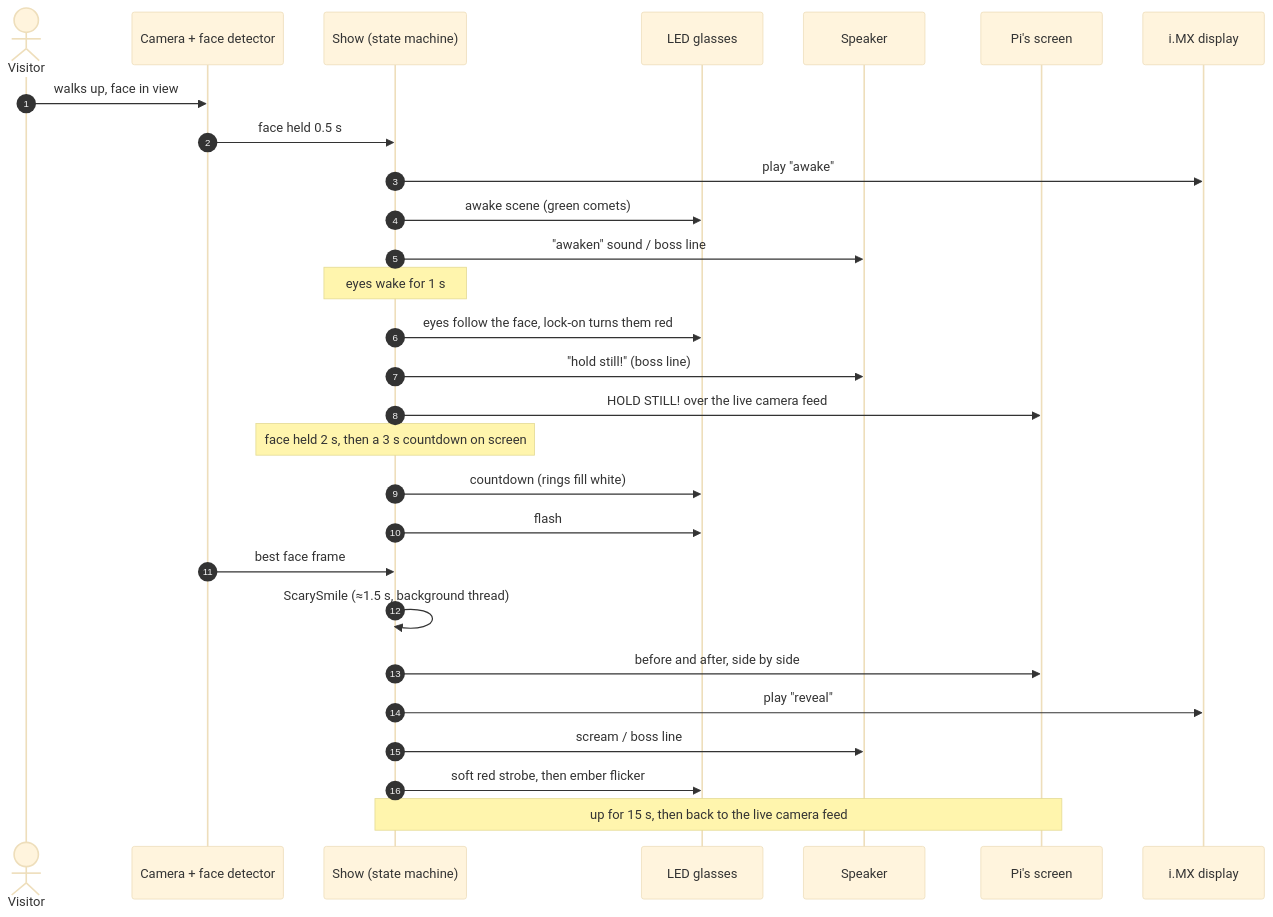
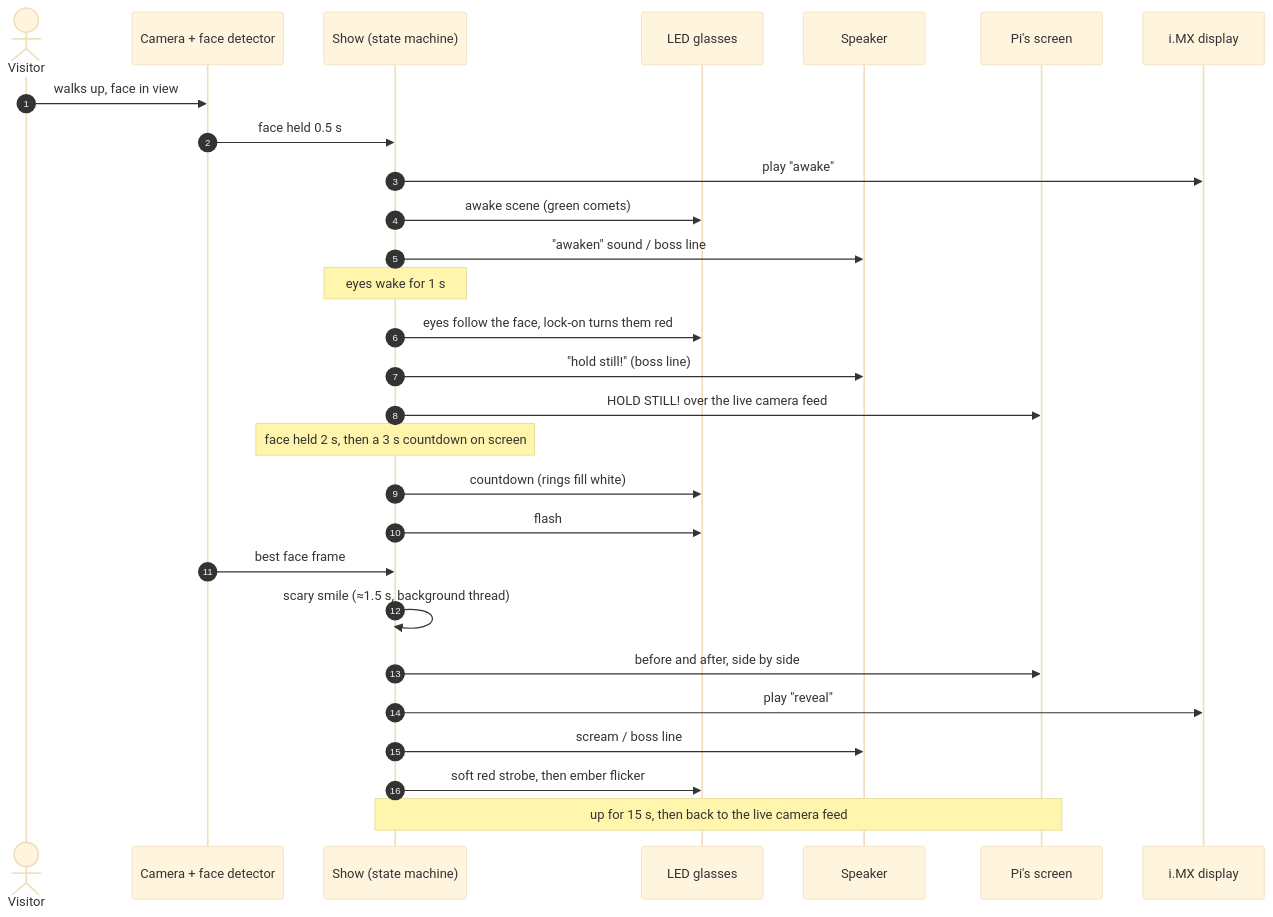
Before and after one commit to mxmrsn/spooky-pi: the diagram in docs/diagrams/visit.mmd, drawn with Mermaid (base theme). The commit also changed 103 other files, not shown here.

```diff
--- a/docs/diagrams/visit.mmd
+++ b/docs/diagrams/visit.mmd
@@ -1,29 +1,29 @@
 sequenceDiagram
     autonumber
     actor V as Visitor
     participant C as Camera + face detector
     participant S as Show (state machine)
     participant G as LED glasses
     participant A as Speaker
     participant D as Pi's screen
     participant I as i.MX display
 
     V->>C: walks up, face in view
     C->>S: face held 0.5 s
     S->>I: play "awake"
     S->>G: awake scene (green comets)
     S->>A: "awaken" sound / boss line
     Note over S: eyes wake for 1 s
     S->>G: eyes follow the face, lock-on turns them red
     S->>A: "hold still!" (boss line)
     S->>D: HOLD STILL! over the live camera feed
     Note over S: face held 2 s, then a 3 s countdown on screen
     S->>G: countdown (rings fill white)
     S->>G: flash
     C->>S: best face frame
-    S->>S: ScarySmile (≈1.5 s, background thread)
+    S->>S: scary smile (≈1.5 s, background thread)
     S->>D: before and after, side by side
     S->>I: play "reveal"
     S->>A: scream / boss line
     S->>G: soft red strobe, then ember flicker
     Note over S,D: up for 15 s, then back to the live camera feed
```
